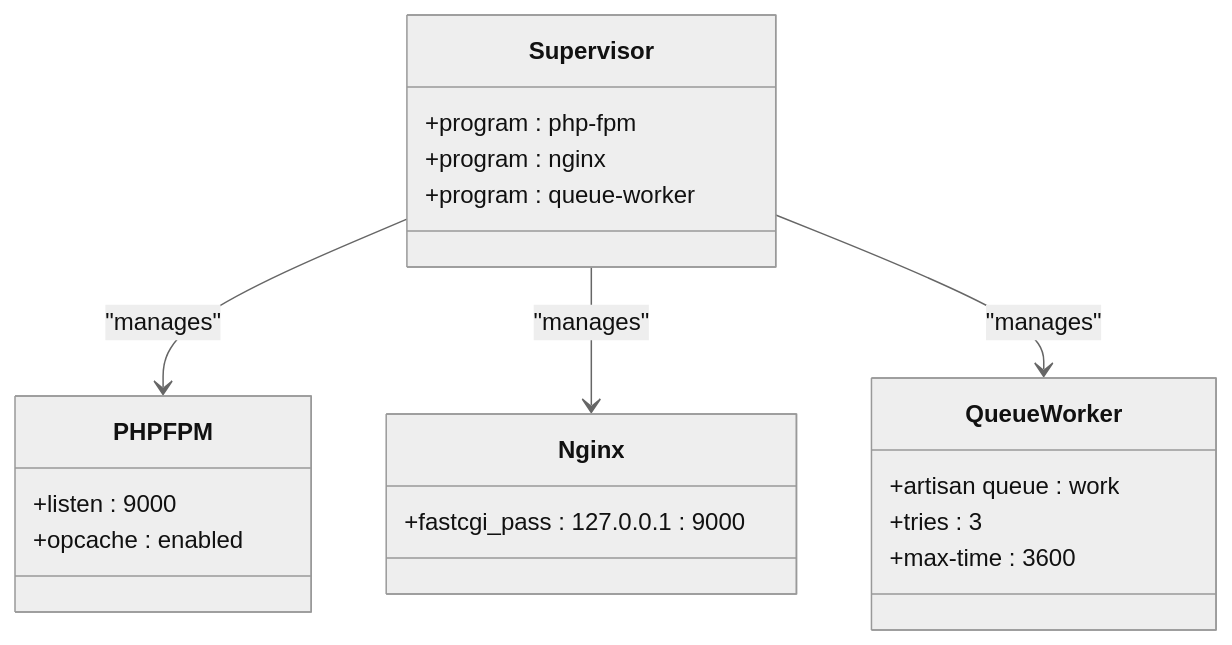
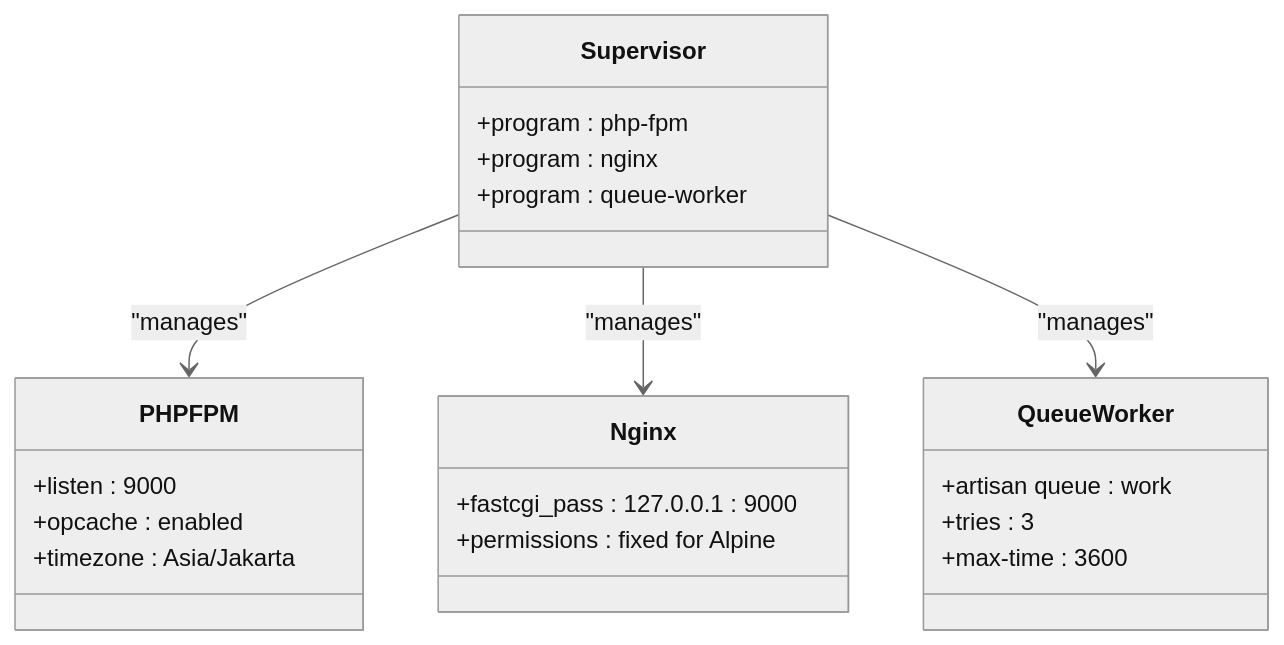
One commit to Dikksap/laravel_RsvHelmet changed the seventh of 9 diagrams in .qoder/repowiki/en/content/Deployment Guide.md. Above: the diagram before and after it, drawn with Mermaid (neutral theme). The commit also changed other lines of this file and 9 other files, not shown here.

````diff
--- a/.qoder/repowiki/en/content/Deployment Guide.md
+++ b/.qoder/repowiki/en/content/Deployment Guide.md
@@ -285,23 +291,25 @@
 ```mermaid
 classDiagram
 class Supervisor {
 +program : php-fpm
 +program : nginx
 +program : queue-worker
 }
 class PHPFPM {
 +listen : 9000
 +opcache : enabled
++timezone : Asia/Jakarta
 }
 class Nginx {
 +fastcgi_pass : 127.0.0.1 : 9000
++permissions : fixed for Alpine
 }
 class QueueWorker {
 +artisan queue : work
 +tries : 3
 +max-time : 3600
 }
 Supervisor --> PHPFPM : "manages"
 Supervisor --> Nginx : "manages"
 Supervisor --> QueueWorker : "manages"
 ```
````
